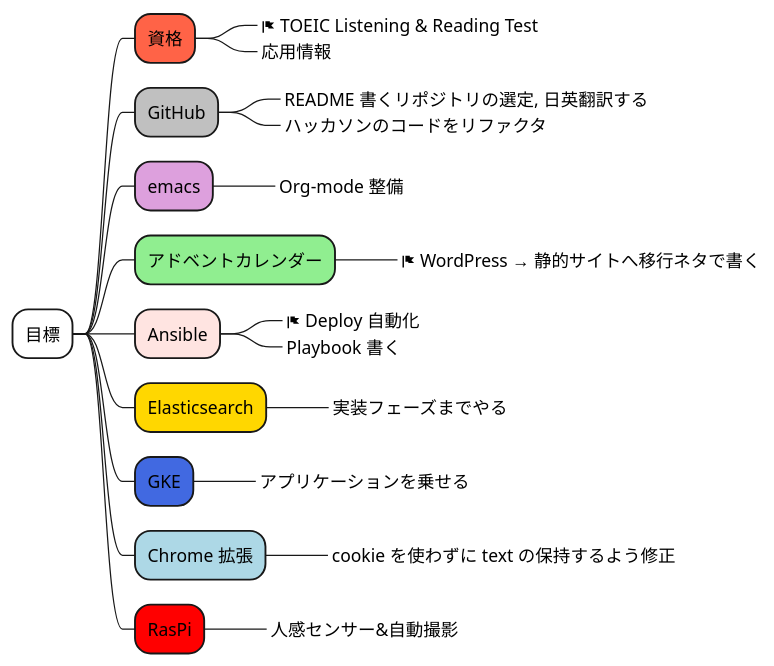
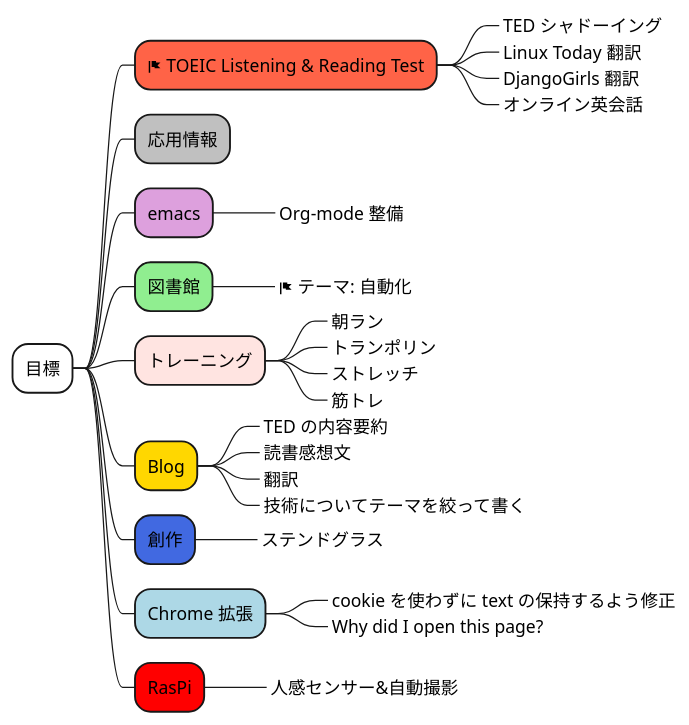
One commit to Ishizuka427/MindMap changed the diagram in test.puml. Above: the diagram before and after it, drawn with PlantUML.

```diff
--- a/test.puml
+++ b/test.puml
@@ -1,24 +1,30 @@
 @startmindmap
 *[#white] 目標
-**[#tomato] 資格
-***_ <&flag> TOEIC Listening & Reading Test
-***_ 応用情報
-**[#silver] GitHub
-***_ README 書くリポジトリの選定, 日英翻訳する
-***_ ハッカソンのコードをリファクタ
+**[#tomato] <&flag> TOEIC Listening & Reading Test
+***_ TED シャドーイング
+***_ Linux Today 翻訳
+***_ DjangoGirls 翻訳
+***_ オンライン英会話
+**[#silver] 応用情報
 **[#plum] emacs
 ***_ Org-mode 整備
-**[#lightgreen] アドベントカレンダー
-***_ <&flag> WordPress → 静的サイトへ移行ネタで書く
-**[#mistyrose] Ansible
-***_ <&flag> Deploy 自動化
-***_ Playbook 書く
-**[#gold] Elasticsearch
-***_ 実装フェーズまでやる
-**[#royalblue] GKE
-***_ アプリケーションを乗せる
+**[#lightgreen] 図書館
+***_ <&flag> テーマ: 自動化
+**[#mistyrose] トレーニング
+***_ 朝ラン
+***_ トランポリン
+***_ ストレッチ
+***_ 筋トレ
+**[#gold] Blog
+***_ TED の内容要約
+***_ 読書感想文
+***_ 翻訳
+***_ 技術についてテーマを絞って書く
+**[#royalblue] 創作
+***_ ステンドグラス
 **[#lightblue] Chrome 拡張
 ***_ cookie を使わずに text の保持するよう修正
+***_ Why did I open this page?
 **[#red] RasPi
 ***_ 人感センサー&自動撮影
 @endmindmap
```
